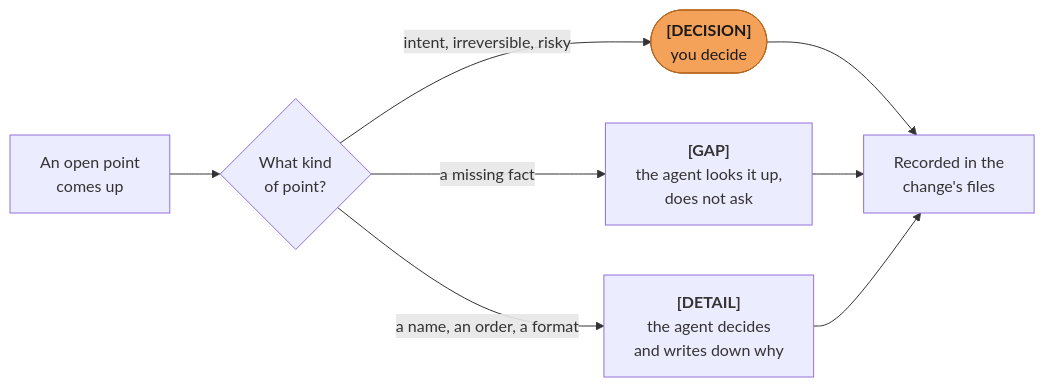
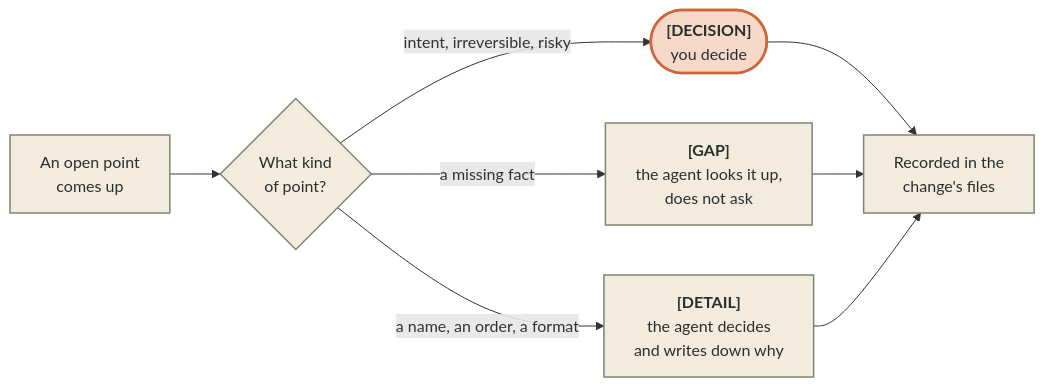
The second of 2 diagrams in README.md (bicycle-brakes/monotrope), drawn with Mermaid before and after one commit. The commit also changed other lines of this file, not shown here.

First line of the commit message:
docs(readme): diagrams in the bicycle-brakes colours

````diff
--- a/README.md
+++ b/README.md
@@ -137,13 +138,14 @@
   ```mermaid
   flowchart LR
       Q["An open point<br/>comes up"] --> K{"What kind<br/>of point?"}
       K -- "intent, irreversible, risky" --> D(["<b>[DECISION]</b><br/>you decide"])
       K -- "a missing fact" --> G["<b>[GAP]</b><br/>the agent looks it up,<br/>does not ask"]
       K -- "a name, an order, a format" --> T["<b>[DETAIL]</b><br/>the agent decides<br/>and writes down why"]
       D --> F["Recorded in the<br/>change's files"]
       G --> F
       T --> F
 
-      classDef you fill:#f4a259,stroke:#b5651d,color:#1a1a1a
+      classDef default fill:#F3EBDD,stroke:#788773,stroke-width:1.5px,color:#292F2D
+      classDef you fill:#F6D9C8,stroke:#CE663B,stroke-width:2.5px,color:#292F2D
       class D you
   ```
````
